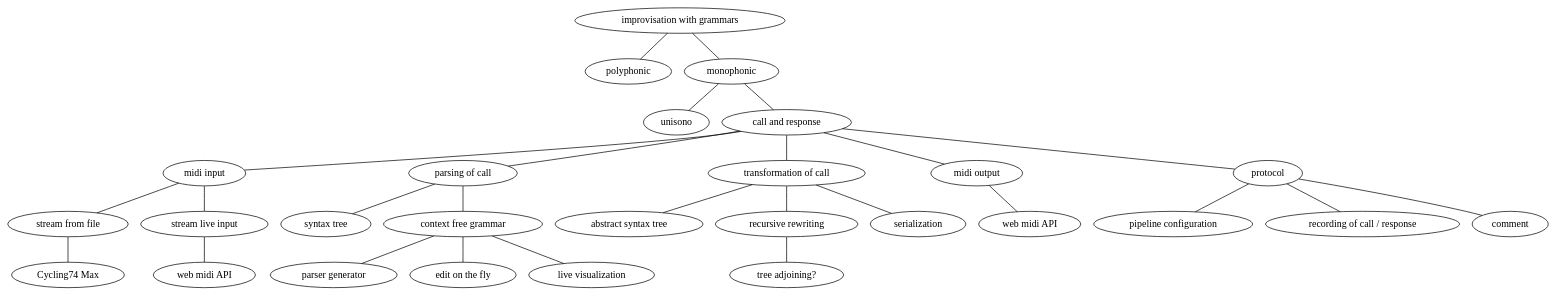
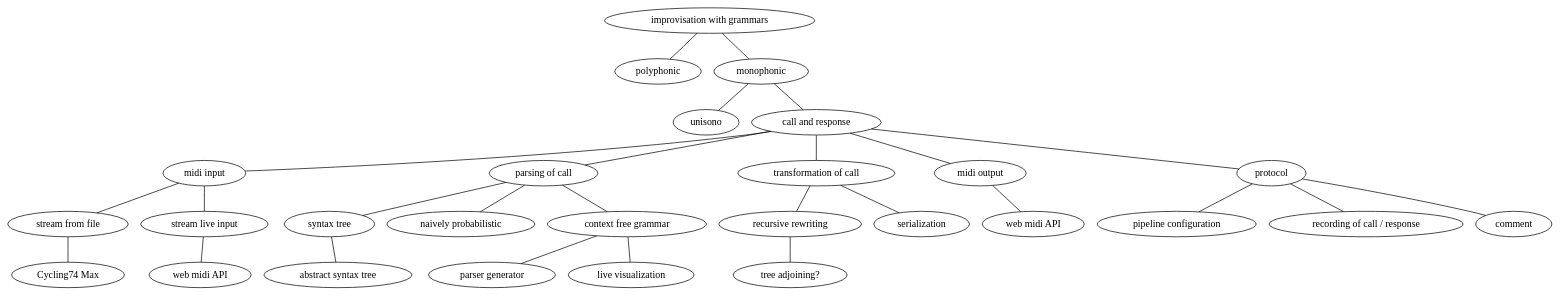
Before and after one commit to spirio-sessions/grammar-music: the diagram in meta/ma-ideas.dot, drawn with Graphviz. The commit also changed 1 other file, not shown here.

```diff
--- a/meta/ma-ideas.dot
+++ b/meta/ma-ideas.dot
@@ -1,63 +1,63 @@
 graph G {
 
   start [label="improvisation with grammars"]
   polyphonic
   monophonic
   unisono
   cnr [label="call and response"]
   midiin [label="midi input"]
   strf [label="stream from file"]
   strl [label="stream live input"]
   cyc74max [label="Cycling74 Max"]
   webmidiin [label="web midi API"]
   poc [label="parsing of call"]
   st [label="syntax tree"]
+  nvprb [label="naively probabilistic"]
   ast [label="abstract syntax tree"]
   recrew [label="recursive rewriting"]
   srlz [label="serialization"]
   tradj [label="tree adjoining?"]
   toc [label="transformation of call"]
   midiout [label="midi output"]
   webmidiout [label="web midi API"]
   cfg [label="context free grammar"]
   pgen [label="parser generator"]
-  liveedit [label="edit on the fly"]
   viz [label="live visualization"]
   ptcl [label="protocol"]
   cfgs [label="pipeline configuration"]
   rec [label="recording of call / response"]
   comm [label="comment"]
 
   start -- polyphonic
   start -- monophonic
   monophonic -- unisono
   monophonic -- cnr
 
     cnr -- midiin // symbolic vs. raw audio omitted
       midiin -- strf
         strf -- cyc74max
       midiin -- strl
         strl -- webmidiin
 
     cnr -- poc
     poc -- cfg
       cfg -- pgen
-      cfg -- liveedit
       cfg -- viz
+    poc -- nvprb
     poc -- st
+      st -- ast
 
     cnr -- toc
-      toc -- ast
       toc -- recrew
       toc -- srlz
         recrew -- tradj
 
     cnr -- midiout
       midiout -- webmidiout
 
     cnr -- ptcl
       ptcl -- cfgs
       ptcl -- rec
       ptcl -- comm
   
 }
```
